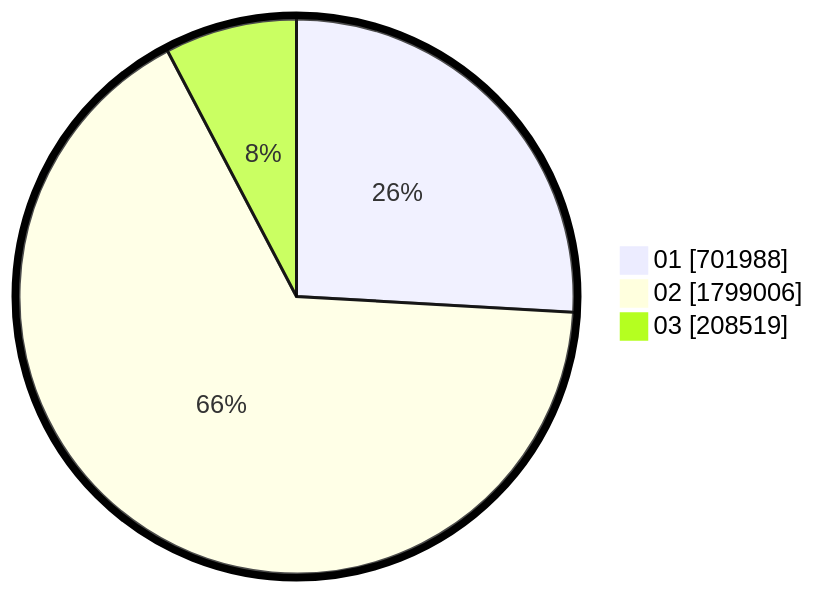
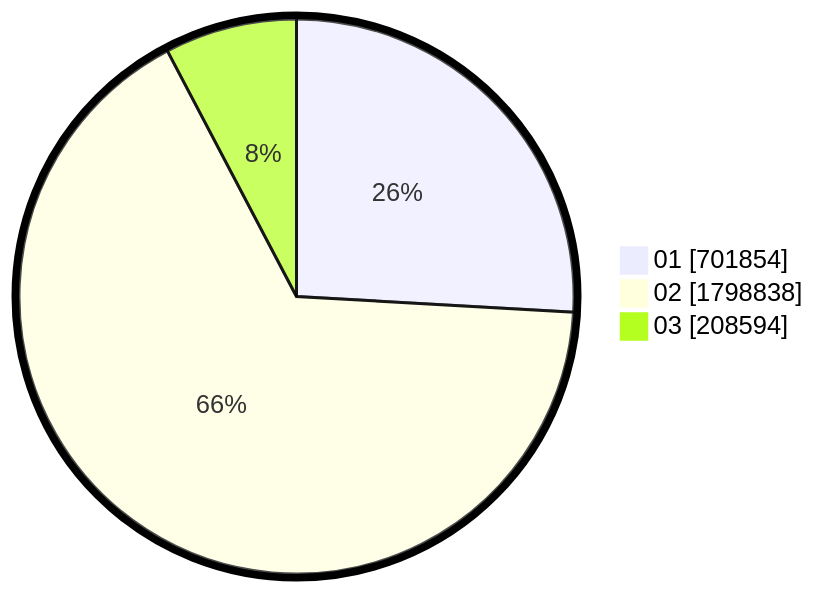
The second of 2 diagrams in pilpres/hitung-suara/sub/table-wilayah-52.md (gigit-pemilu/pemilu-2024), drawn with Mermaid before and after one commit. The commit also changed other lines of this file and 10 other files, not shown here.

````diff
--- a/pilpres/hitung-suara/sub/table-wilayah-52.md
+++ b/pilpres/hitung-suara/sub/table-wilayah-52.md
@@ -15,7 +15,7 @@
 ```mermaid
 %%{init: {"pie": {"textPosition": 0.5}, "themeVariables": {"pieOuterStrokeWidth": "5px"}} }%%
 pie showData
-    "01" : 701988
-    "02" : 1799006
-    "03" : 208519
+    "01" : 701854
+    "02" : 1798838
+    "03" : 208594
 ```
````
